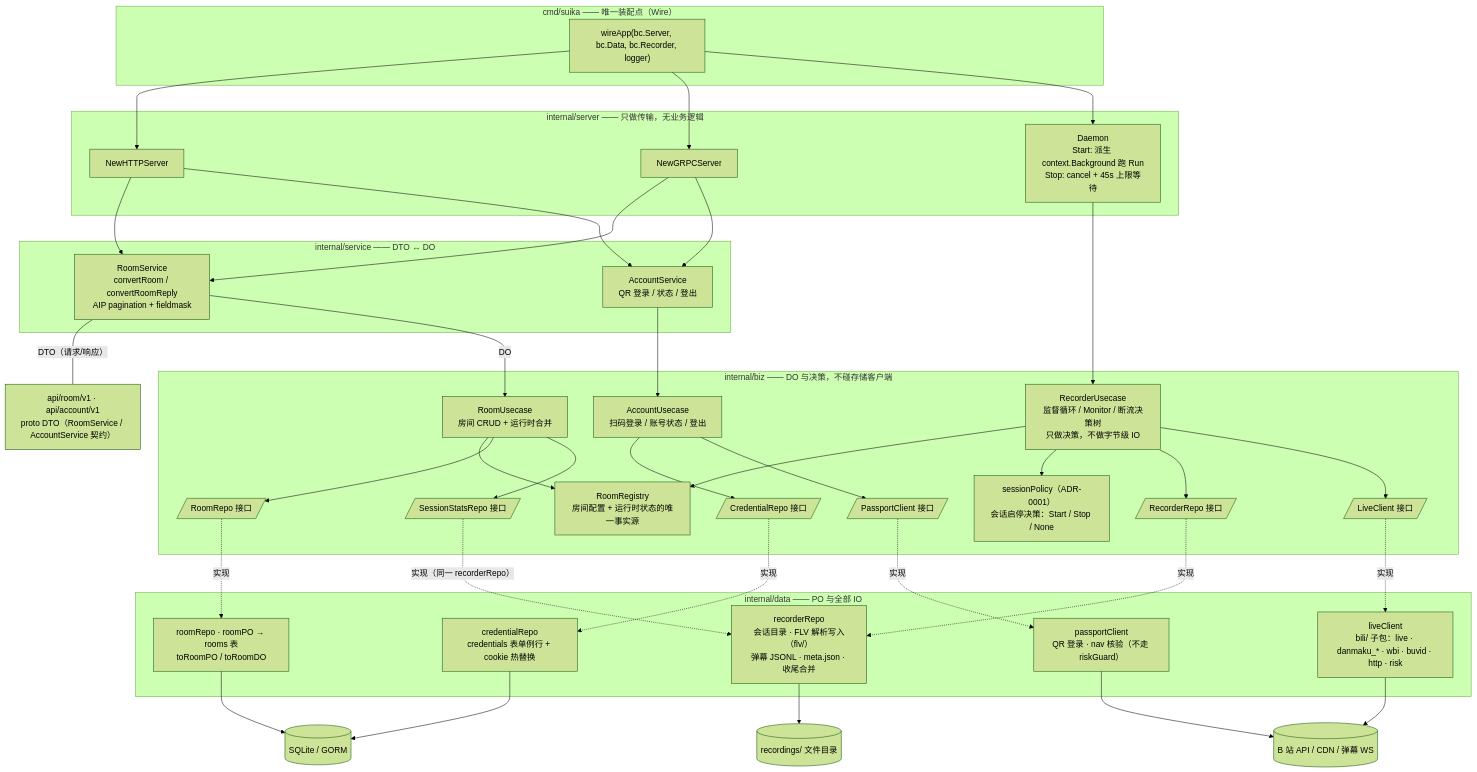
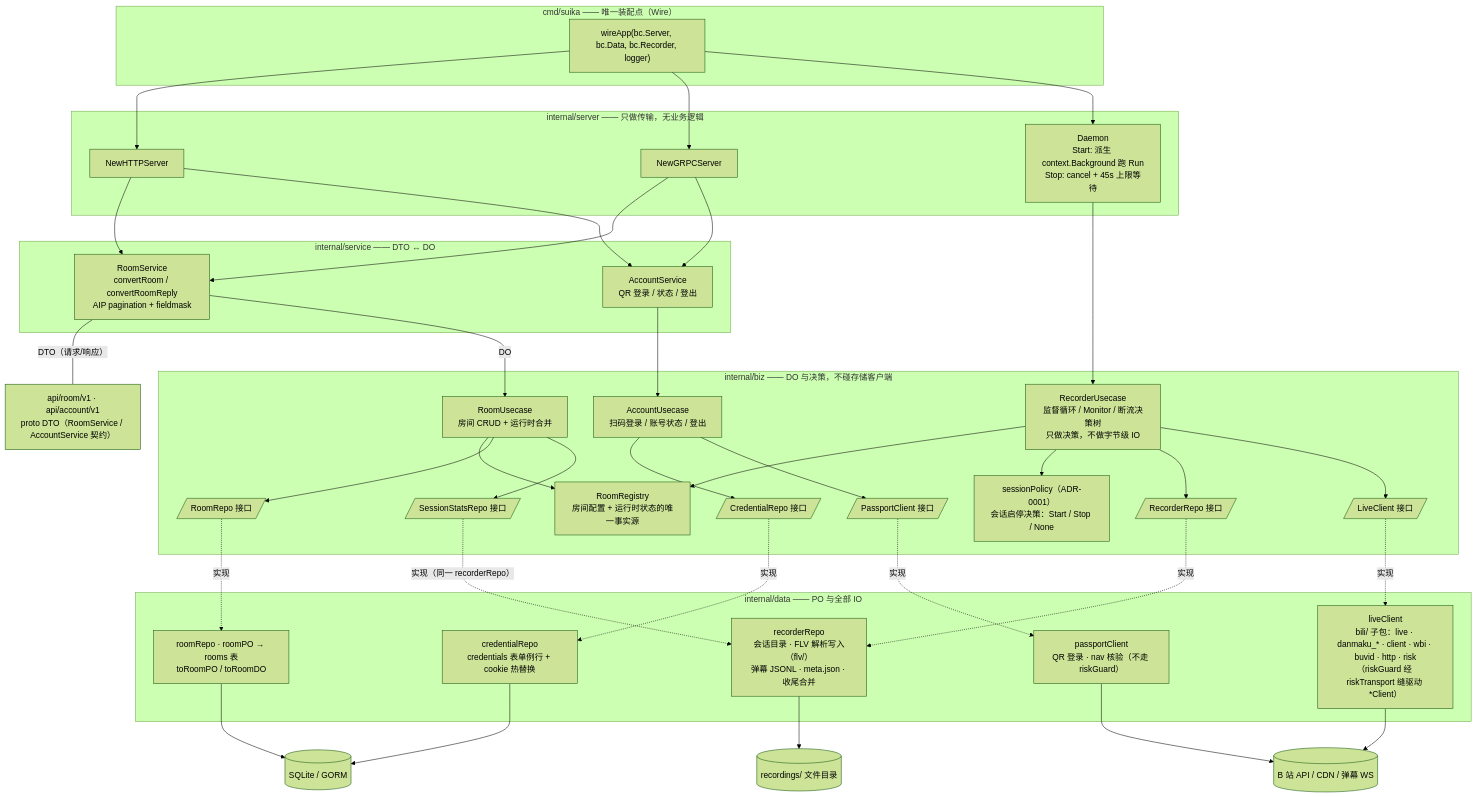
Before and after one commit to xgbt/suika: the second of 10 diagrams in docs/design/architecture-diagrams.md, drawn with Mermaid (forest theme). The commit also changed other lines of this file and 5 other files, not shown here.

````diff
--- a/docs/design/architecture-diagrams.md
+++ b/docs/design/architecture-diagrams.md
@@ -72,65 +72,65 @@
 ```mermaid
 flowchart TB
     subgraph CMD["cmd/suika —— 唯一装配点（Wire）"]
         WIRE["wireApp(bc.Server, bc.Data, bc.Recorder, logger)"]
     end
 
     subgraph SERVER["internal/server —— 只做传输，无业务逻辑"]
         SHTTP["NewHTTPServer"]
         SGRPC["NewGRPCServer"]
         SDMN["Daemon<br/>Start: 派生 context.Background 跑 Run<br/>Stop: cancel + 45s 上限等待"]
     end
 
     subgraph SERVICE["internal/service —— DTO ↔ DO"]
         RS["RoomService<br/>convertRoom / convertRoomReply<br/>AIP pagination + fieldmask"]
         AS["AccountService<br/>QR 登录 / 状态 / 登出"]
     end
 
     subgraph BIZ["internal/biz —— DO 与决策，不碰存储客户端"]
         RU["RoomUsecase<br/>房间 CRUD + 运行时合并"]
         AU["AccountUsecase<br/>扫码登录 / 账号状态 / 登出"]
         RECU["RecorderUsecase<br/>监督循环 / Monitor / 断流决策树<br/>只做决策，不做字节级 IO"]
         REG["RoomRegistry<br/>房间配置 + 运行时状态的唯一事实源"]
         POL["sessionPolicy（ADR-0001）<br/>会话启停决策：Start / Stop / None"]
         IF1[/"RoomRepo 接口"/]
         IF2[/"RecorderRepo 接口"/]
         IF3[/"LiveClient 接口"/]
         IF4[/"SessionStatsRepo 接口"/]
         IF5[/"CredentialRepo 接口"/]
         IF6[/"PassportClient 接口"/]
     end
 
     subgraph DATA["internal/data —— PO 与全部 IO"]
         RR["roomRepo · roomPO → rooms 表<br/>toRoomPO / toRoomDO"]
         RREPO["recorderRepo<br/>会话目录 · FLV 解析写入（flv/）<br/>弹幕 JSONL · meta.json · 收尾合并"]
-        LC["liveClient<br/>bili/ 子包：live · danmaku_* · wbi · buvid · http · risk"]
+        LC["liveClient<br/>bili/ 子包：live · danmaku_* · client · wbi · buvid · http · risk<br/>（riskGuard 经 riskTransport 缝驱动 *Client）"]
         CR["credentialRepo<br/>credentials 表单例行 + cookie 热替换"]
         PC["passportClient<br/>QR 登录 · nav 核验（不走 riskGuard）"]
     end
 
     DTO["api/room/v1 · api/account/v1<br/>proto DTO（RoomService / AccountService 契约）"]
 
     WIRE --> SHTTP & SGRPC & SDMN
     SHTTP & SGRPC --> RS & AS
     RS -- "DTO（请求/响应）" --- DTO
     RS -- "DO" --> RU
     AS --> AU
     SDMN --> RECU
     RU --> REG
     RECU --> REG
     RECU --> POL
     RU --> IF1 & IF4
     RECU --> IF2 & IF3
     AU --> IF5 & IF6
     IF1 -. 实现 .-> RR
     IF4 -. 实现（同一 recorderRepo） .-> RREPO
     IF2 -. 实现 .-> RREPO
     IF3 -. 实现 .-> LC
     IF5 -. 实现 .-> CR
     IF6 -. 实现 .-> PC
     RR --> SQLITE[("SQLite / GORM")]
     CR --> SQLITE
     RREPO --> FS[("recordings/ 文件目录")]
     LC --> BILI[("B 站 API / CDN / 弹幕 WS")]
     PC --> BILI
 ```
````
